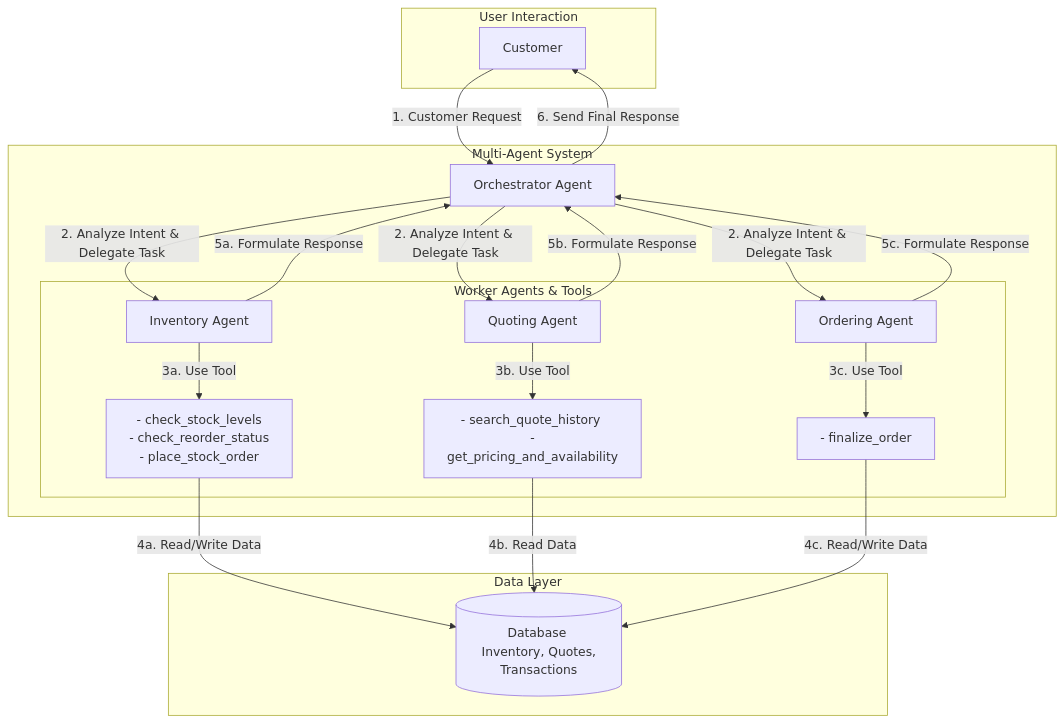
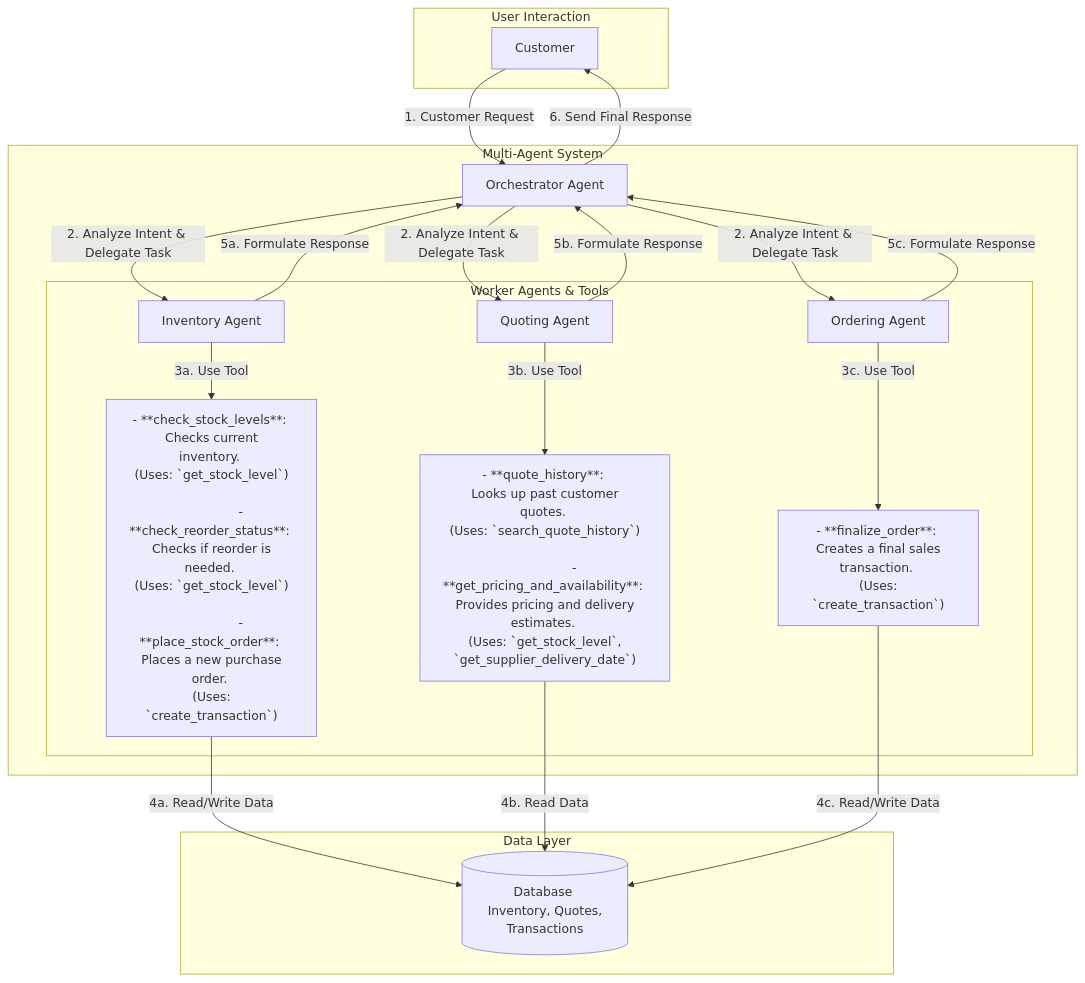
Before and after one commit to irafayabdul/multi-agent-system_munder-difflin_paper_company: the diagram in workflow_diagram.md, drawn with Mermaid.

Commit message:
adding helper reference

````diff
--- a/workflow_diagram.md
+++ b/workflow_diagram.md
@@ -1,50 +1,59 @@
 ```mermaid
 graph TD
     subgraph "User Interaction"
         User[Customer]
     end
 
     subgraph "Multi-Agent System"
         Orchestrator[Orchestrator Agent]
 
         subgraph "Worker Agents & Tools"
             InventoryAgent[Inventory Agent]
             QuotingAgent[Quoting Agent]
             OrderingAgent[Ordering Agent]
 
-            InventoryTools[- check_stock_levels <br/> - check_reorder_status <br/> - place_stock_order]
-            QuotingTools[- search_quote_history <br/> - get_pricing_and_availability]
-            OrderingTools[- finalize_order]
+            InventoryTools["
+                - **check_stock_levels**: <br/> Checks current inventory. <br/> (Uses: `get_stock_level`) <br/>
+                - **check_reorder_status**: <br/> Checks if reorder is needed. <br/> (Uses: `get_stock_level`) <br/>
+                - **place_stock_order**: <br/> Places a new purchase order. <br/> (Uses: `create_transaction`)
+            "]
+            QuotingTools["
+                - **quote_history**: <br/> Looks up past customer quotes. <br/> (Uses: `search_quote_history`) <br/>
+                - **get_pricing_and_availability**: <br/> Provides pricing and delivery estimates. <br/> (Uses: `get_stock_level`, `get_supplier_delivery_date`)
+            "]
+            OrderingTools["
+                - **finalize_order**: <br/> Creates a final sales transaction. <br/> (Uses: `create_transaction`)
+            "]
         end
     end
 
     subgraph "Data Layer"
         Database[(Database <br/> Inventory, Quotes, Transactions)]
     end
 
     %% Main Flow
     User -- "1. Customer Request" --> Orchestrator
     Orchestrator -- "2. Analyze Intent & Delegate Task" --> InventoryAgent
     Orchestrator -- "2. Analyze Intent & Delegate Task" --> QuotingAgent
     Orchestrator -- "2. Analyze Intent & Delegate Task" --> OrderingAgent
 
     %% Inventory Flow
     InventoryAgent -- "3a. Use Tool" --> InventoryTools
     InventoryTools -- "4a. Read/Write Data" --> Database
 
     %% Quoting Flow
     QuotingAgent -- "3b. Use Tool" --> QuotingTools
     QuotingTools -- "4b. Read Data" --> Database
 
     %% Ordering Flow
     OrderingAgent -- "3c. Use Tool" --> OrderingTools
     OrderingTools -- "4c. Read/Write Data" --> Database
 
     %% Response Flow
     InventoryAgent -- "5a. Formulate Response" --> Orchestrator
     QuotingAgent -- "5b. Formulate Response" --> Orchestrator
     OrderingAgent -- "5c. Formulate Response" --> Orchestrator
     Orchestrator -- "6. Send Final Response" --> User
 
 
 ```
````
